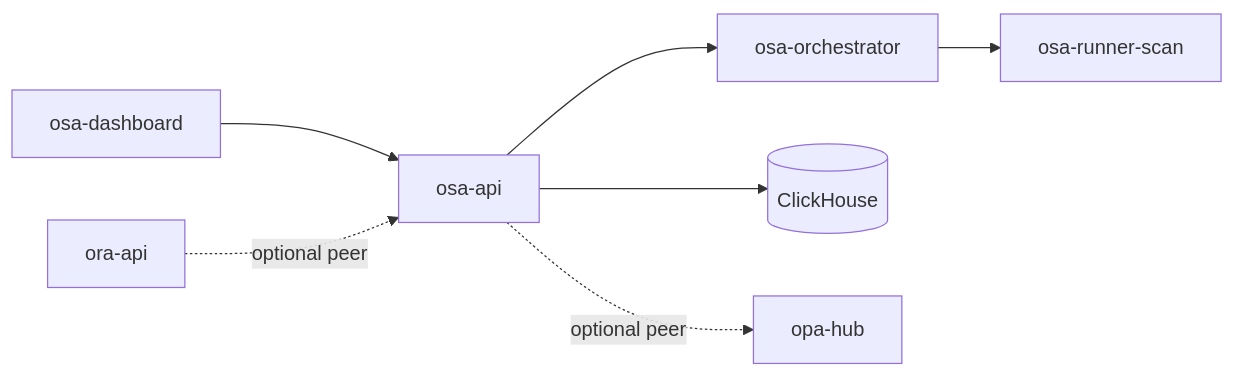
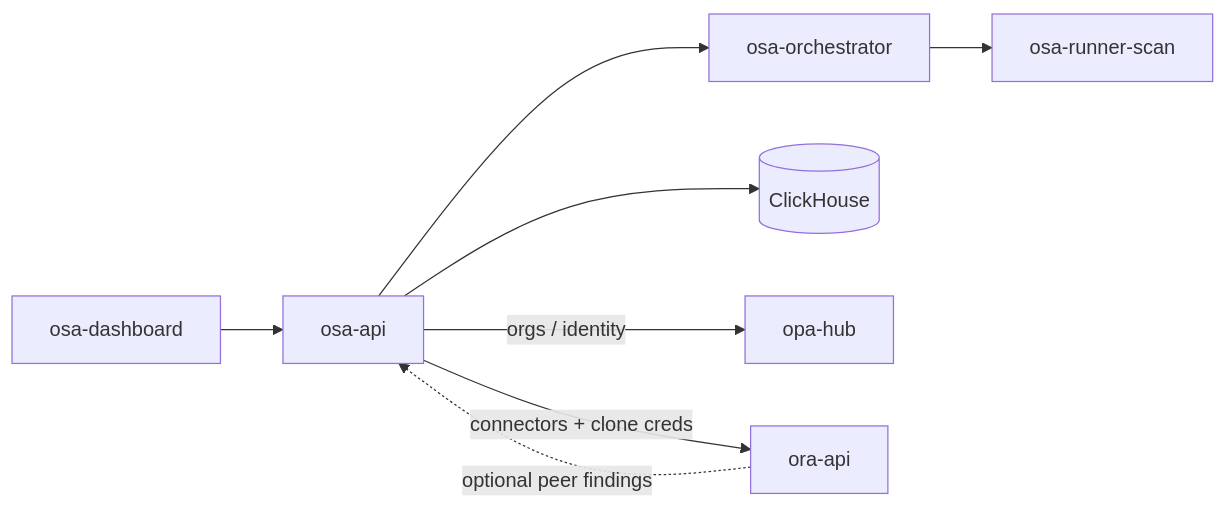
The diagram in docs/architecture.md (TheGrimmChester/OSA-API), drawn with Mermaid before and after one commit. The commit also changed other lines of this file and 6 other files, not shown here.

First line of the commit message:
Feature: Hub-linked GitHub security targets via ORA

````diff
--- a/docs/architecture.md
+++ b/docs/architecture.md
@@ -5,9 +5,10 @@
 ```mermaid
 flowchart LR
   UI[osa-dashboard] --> API[osa-api]
   API --> Orch[osa-orchestrator]
   Orch --> Runner[osa-runner-scan]
   API --> CH[(ClickHouse)]
-  ORA[ora-api] -.->|optional peer| API
-  API -.->|optional peer| Hub[opa-hub]
+  API -->|orgs / identity| Hub[opa-hub]
+  API -->|connectors + clone creds| ORA[ora-api]
+  ORA -.->|optional peer findings| API
 ```
````
